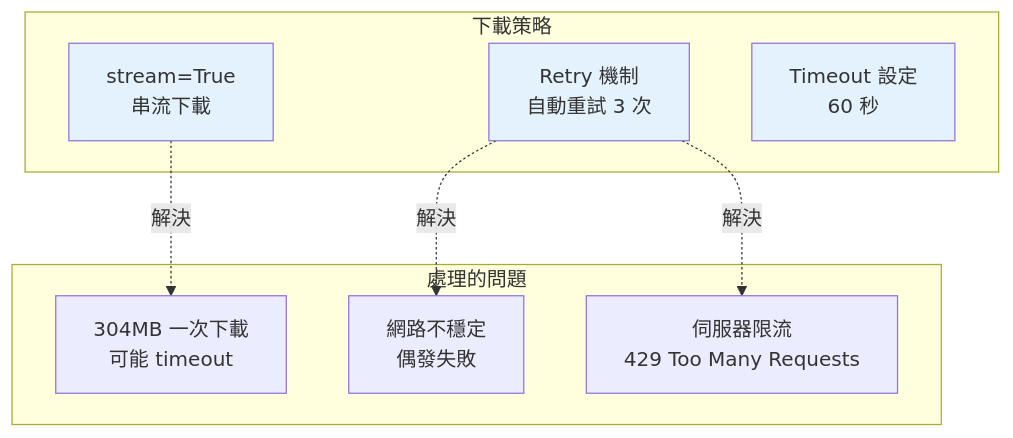
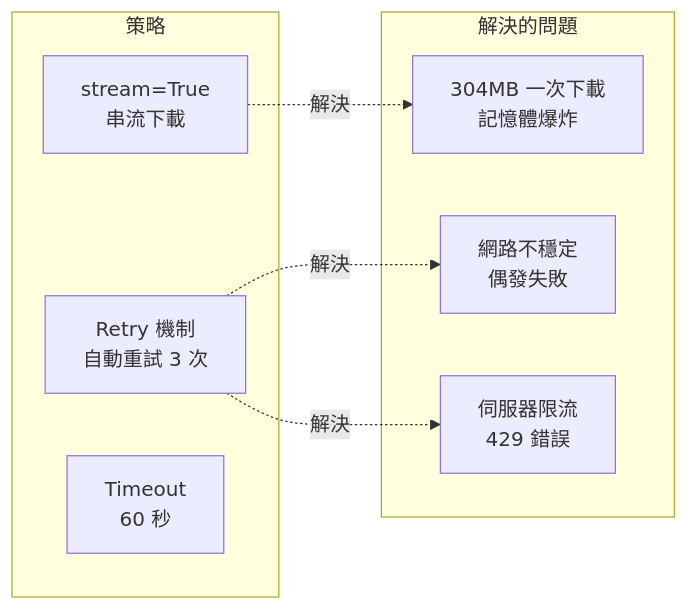
The fourth of 12 diagrams in README.md (wrbyepct/assignment), drawn with Mermaid before and after one commit. The commit also changed other lines of this file and 3 other files, not shown here.

````diff
--- a/README.md
+++ b/README.md
@@ -1417,22 +604,18 @@
 ```mermaid
-flowchart TB
-    subgraph 下載策略
+flowchart LR
+    subgraph 策略
         STREAM["stream=True<br/>串流下載"]
         RETRY["Retry 機制<br/>自動重試 3 次"]
-        TIMEOUT["Timeout 設定<br/>60 秒"]
+        TIMEOUT["Timeout<br/>60 秒"]
     end
 
-    subgraph 處理的問題
-        P1["304MB 一次下載<br/>可能 timeout"]
+    subgraph 解決的問題
+        P1["304MB 一次下載<br/>記憶體爆炸"]
         P2["網路不穩定<br/>偶發失敗"]
-        P3["伺服器限流<br/>429 Too Many Requests"]
+        P3["伺服器限流<br/>429 錯誤"]
     end
 
     STREAM -.->|解決| P1
     RETRY -.->|解決| P2
     RETRY -.->|解決| P3
-
-    style STREAM fill:#e3f2fd
-    style RETRY fill:#e3f2fd
-    style TIMEOUT fill:#e3f2fd
 ```
````
